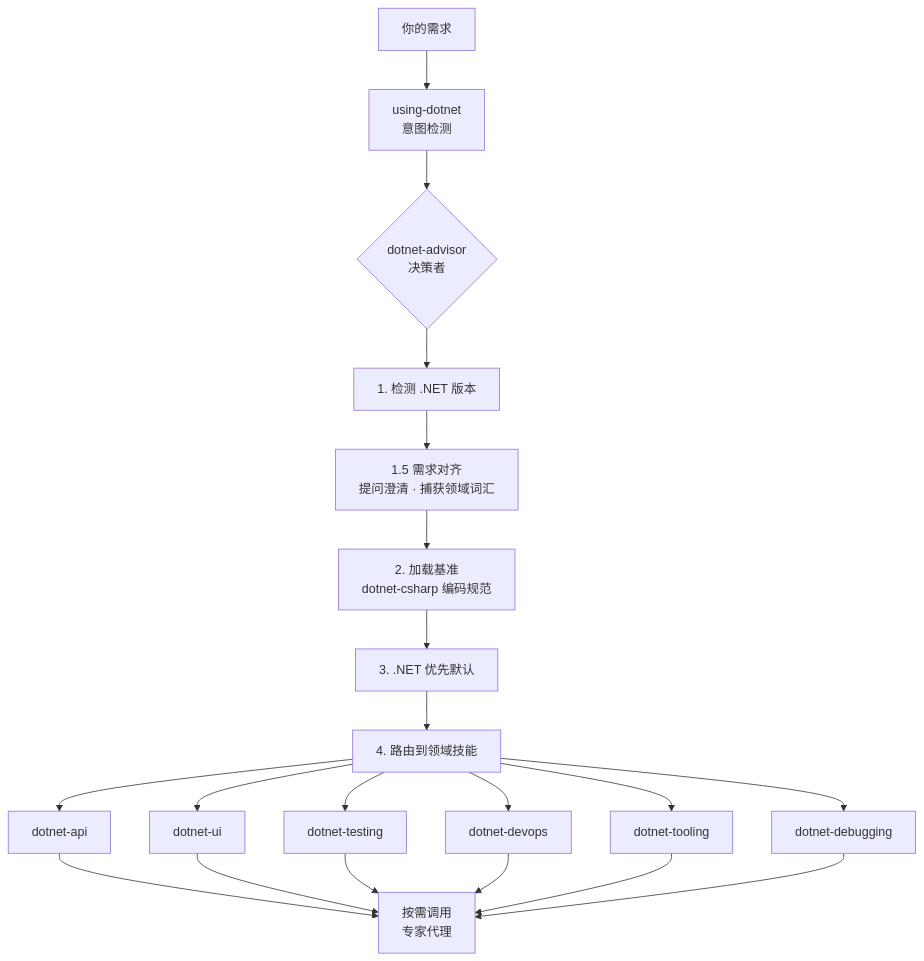
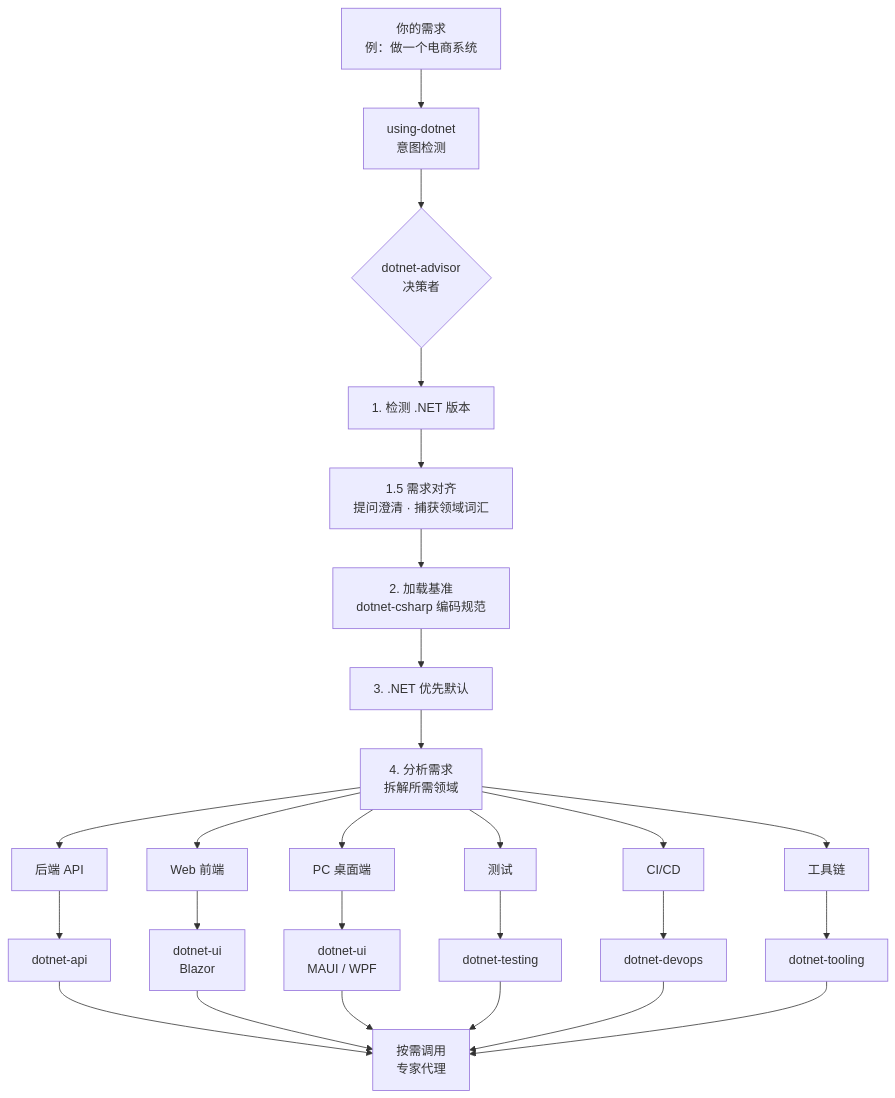
Before and after one commit to YataoFeng/dotnet-artisan: the diagram in README.md, drawn with Mermaid. The commit also changed 1 other file, not shown here.

Commit message:
docs: update flowchart to show multi-domain decomposition for complex projects

````diff
--- a/README.md
+++ b/README.md
@@ -50,22 +50,28 @@
 ```mermaid
 flowchart TD
-    A[你的需求] --> B[using-dotnet<br/>意图检测]
+    A[你的需求<br/>例：做一个电商系统] --> B[using-dotnet<br/>意图检测]
     B --> C{dotnet-advisor<br/>决策者}
     C --> D[1. 检测 .NET 版本]
     D --> E[1.5 需求对齐<br/>提问澄清 · 捕获领域词汇]
     E --> F[2. 加载基准<br/>dotnet-csharp 编码规范]
     F --> G[3. .NET 优先默认]
-    G --> H[4. 路由到领域技能]
-    H --> I[dotnet-api]
-    H --> J[dotnet-ui]
-    H --> K[dotnet-testing]
-    H --> L[dotnet-devops]
-    H --> M[dotnet-tooling]
-    H --> N[dotnet-debugging]
-    I --> O[按需调用<br/>专家代理]
-    J --> O
-    K --> O
-    L --> O
-    M --> O
-    N --> O
+    G --> H[4. 分析需求<br/>拆解所需领域]
+    H --> I1[后端 API]
+    H --> I2[Web 前端]
+    H --> I3[PC 桌面端]
+    H --> I4[测试]
+    H --> I5[CI/CD]
+    H --> I6[工具链]
+    I1 --> J1[dotnet-api]
+    I2 --> J2[dotnet-ui<br/>Blazor]
+    I3 --> J3[dotnet-ui<br/>MAUI / WPF]
+    I4 --> J4[dotnet-testing]
+    I5 --> J5[dotnet-devops]
+    I6 --> J6[dotnet-tooling]
+    J1 --> K[按需调用<br/>专家代理]
+    J2 --> K
+    J3 --> K
+    J4 --> K
+    J5 --> K
+    J6 --> K
 ```
````
